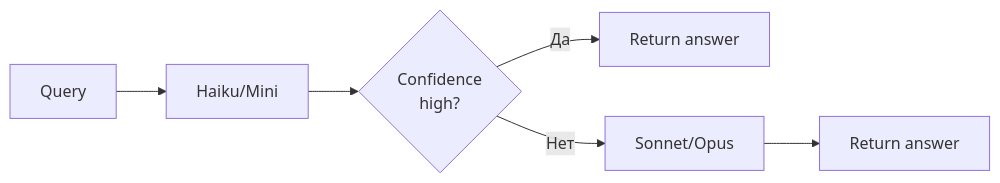
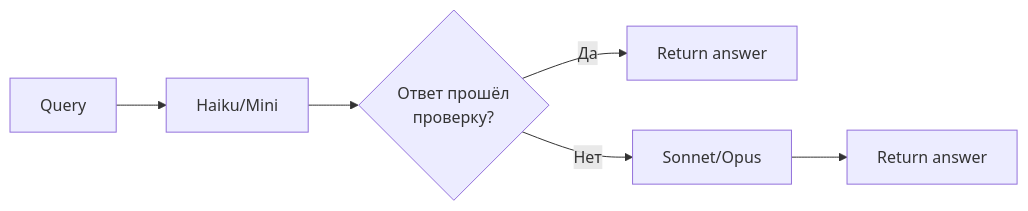
Before and after one commit to akeverus/cheat-sheet: the second of 10 diagrams in cheatsheets/interview/ai-ml/ai-application-architecture-interview.md, drawn with Mermaid. The commit also changed other lines of this file and 154 other files, not shown here.

````diff
--- a/cheatsheets/interview/ai-ml/ai-application-architecture-interview.md
+++ b/cheatsheets/interview/ai-ml/ai-application-architecture-interview.md
@@ -216,8 +159,8 @@
 ```mermaid
 flowchart LR
     Q[Query] --> Cheap[Haiku/Mini]
-    Cheap --> Check{Confidence<br/>high?}
+    Cheap --> Check{Ответ прошёл<br/>проверку?}
     Check -->|Да| Out1[Return answer]
     Check -->|Нет| Big[Sonnet/Opus]
     Big --> Out2[Return answer]
 ```
````
